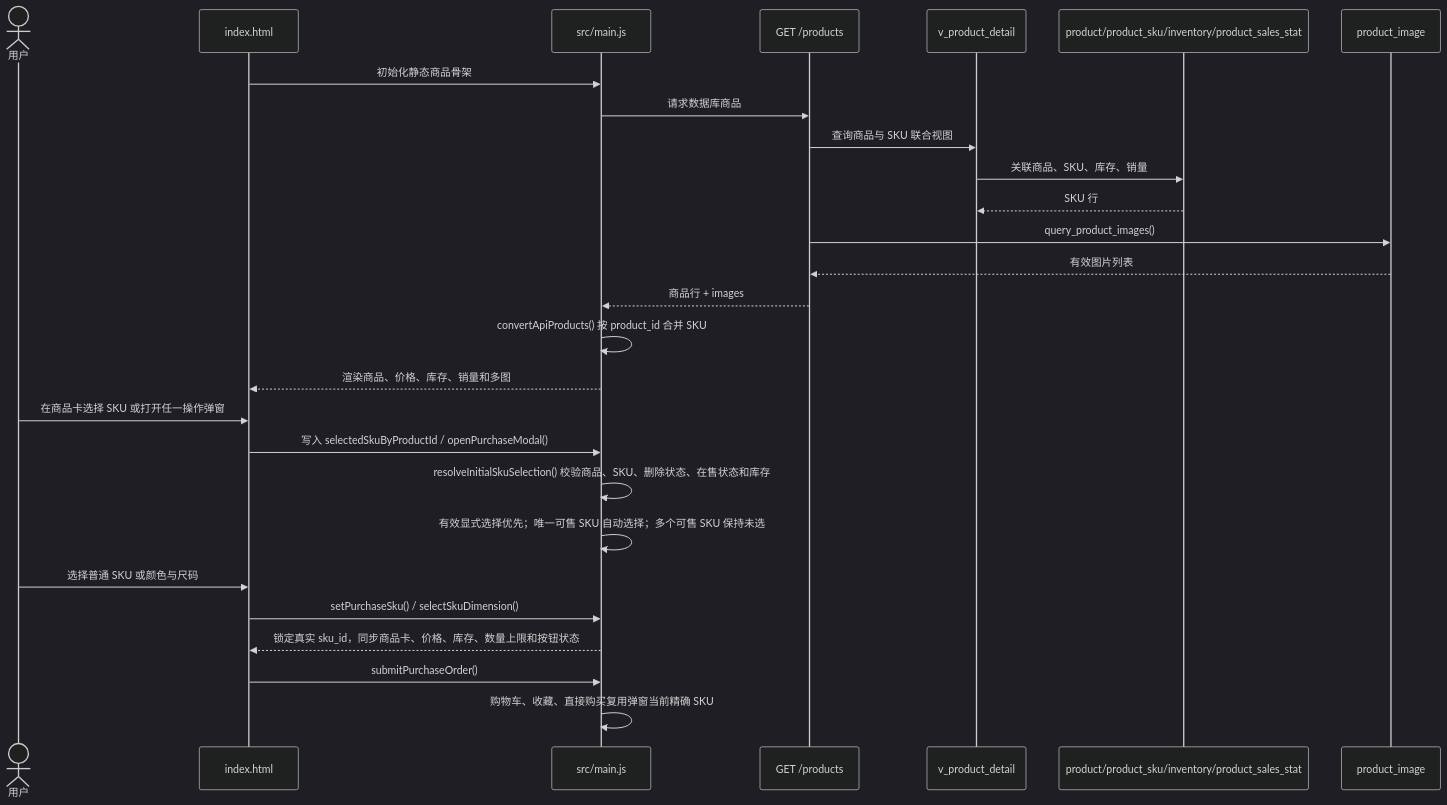
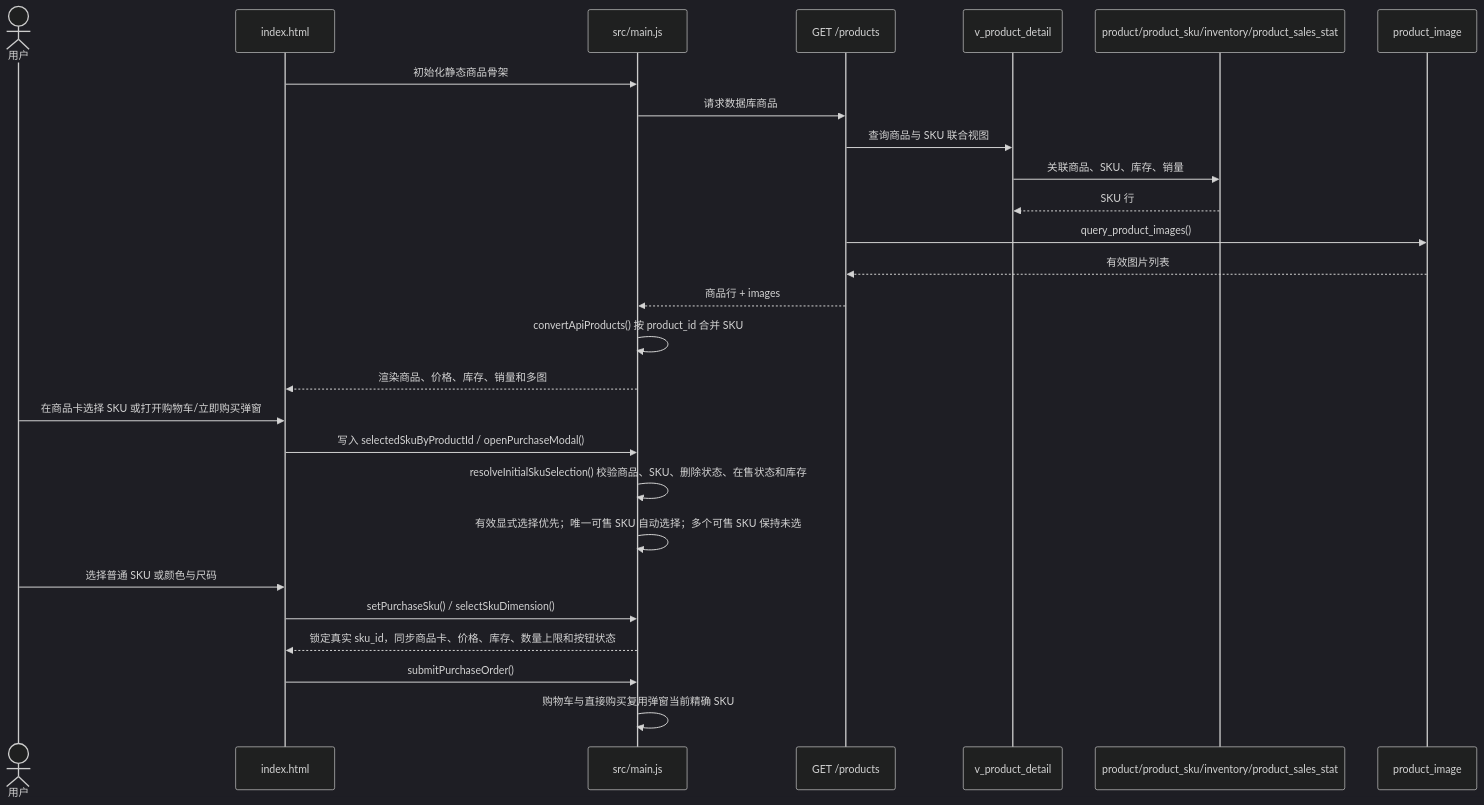
Before and after one commit to laananed/Cloth-Shop: the third of 10 diagrams in docs/current-project-architecture.md, drawn with Mermaid (dark theme). The commit also changed other lines of this file and 5 other files, not shown here.

````diff
--- a/docs/current-project-architecture.md
+++ b/docs/current-project-architecture.md
@@ -328,30 +328,30 @@
 ```mermaid
 sequenceDiagram
     actor User as 用户
     participant Page as index.html
     participant JS as src/main.js
     participant API as GET /products
     participant View as v_product_detail
     participant Tables as product/product_sku/inventory/product_sales_stat
     participant Images as product_image
 
     Page->>JS: 初始化静态商品骨架
     JS->>API: 请求数据库商品
     API->>View: 查询商品与 SKU 联合视图
     View->>Tables: 关联商品、SKU、库存、销量
     Tables-->>View: SKU 行
     API->>Images: query_product_images()
     Images-->>API: 有效图片列表
     API-->>JS: 商品行 + images
     JS->>JS: convertApiProducts() 按 product_id 合并 SKU
     JS-->>Page: 渲染商品、价格、库存、销量和多图
-    User->>Page: 在商品卡选择 SKU 或打开任一操作弹窗
+    User->>Page: 在商品卡选择 SKU 或打开购物车/立即购买弹窗
     Page->>JS: 写入 selectedSkuByProductId / openPurchaseModal()
     JS->>JS: resolveInitialSkuSelection() 校验商品、SKU、删除状态、在售状态和库存
     JS->>JS: 有效显式选择优先；唯一可售 SKU 自动选择；多个可售 SKU 保持未选
     User->>Page: 选择普通 SKU 或颜色与尺码
     Page->>JS: setPurchaseSku() / selectSkuDimension()
     JS-->>Page: 锁定真实 sku_id，同步商品卡、价格、库存、数量上限和按钮状态
     Page->>JS: submitPurchaseOrder()
-    JS->>JS: 购物车、收藏、直接购买复用弹窗当前精确 SKU
+    JS->>JS: 购物车与直接购买复用弹窗当前精确 SKU
 ```
````
